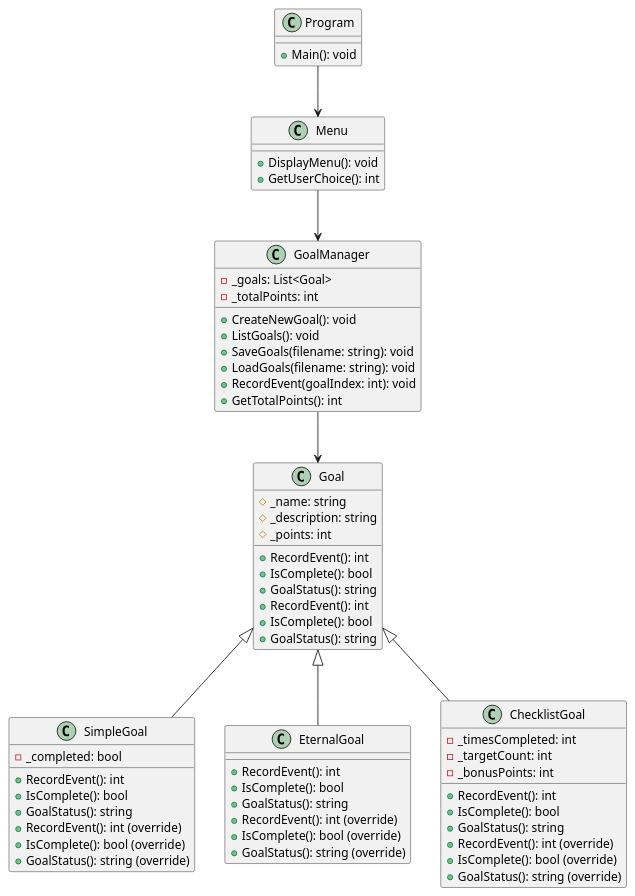
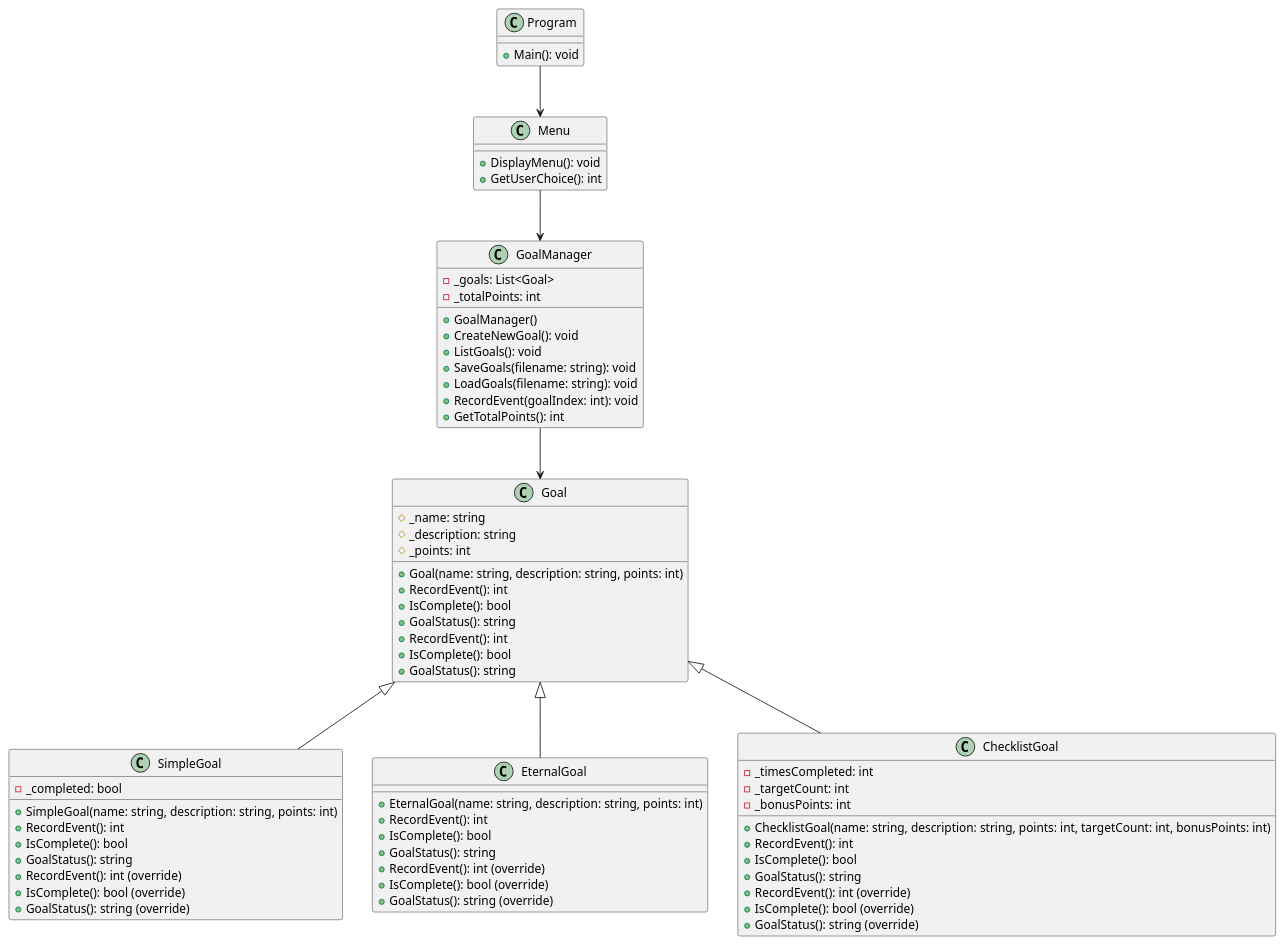
Before and after one commit to jaredsrice/cse210-assignments: the diagram in prove/Develop05/eternal.plantuml, drawn with PlantUML.

Commit message:
added constructors

```diff
--- a/prove/Develop05/eternal.plantuml
+++ b/prove/Develop05/eternal.plantuml
@@ -1,80 +1,85 @@
 @startuml eternal 
 
 class Program {
     + Main(): void
 }
 
 class Menu {
     + DisplayMenu(): void
     + GetUserChoice(): int
 }
 
 class Goal {
     # _name: string
     # _description: string
     # _points: int
+    + Goal(name: string, description: string, points: int)
     + RecordEvent(): int
     + IsComplete(): bool
     + GoalStatus(): string
 }
 
 class SimpleGoal {
     - _completed: bool
+    + SimpleGoal(name: string, description: string, points: int)
     + RecordEvent(): int
     + IsComplete(): bool
     + GoalStatus(): string
 }
 
 class EternalGoal {
+    + EternalGoal(name: string, description: string, points: int)
     + RecordEvent(): int
     + IsComplete(): bool
     + GoalStatus(): string
 }
 
 class ChecklistGoal {
     - _timesCompleted: int
     - _targetCount: int
+    + ChecklistGoal(name: string, description: string, points: int, targetCount: int, bonusPoints: int)
     - _bonusPoints: int
     + RecordEvent(): int
     + IsComplete(): bool
     + GoalStatus(): string
 }
 
 class GoalManager {
     - _goals: List<Goal>
     - _totalPoints: int
+    + GoalManager()
     + CreateNewGoal(): void
     + ListGoals(): void
     + SaveGoals(filename: string): void
     + LoadGoals(filename: string): void
     + RecordEvent(goalIndex: int): void
     + GetTotalPoints(): int
 }
 
 Program --> Menu
 Menu --> GoalManager
 Goal <|-- SimpleGoal
 Goal <|-- EternalGoal
 Goal <|-- ChecklistGoal
 GoalManager --> Goal
 
 Goal : +RecordEvent(): int
 Goal : +IsComplete(): bool
 Goal : +GoalStatus(): string
 
 SimpleGoal : +RecordEvent(): int (override)
 SimpleGoal : +IsComplete(): bool (override)
 SimpleGoal : +GoalStatus(): string (override)
 
 EternalGoal : +RecordEvent(): int (override)
 EternalGoal : +IsComplete(): bool (override)
 EternalGoal : +GoalStatus(): string (override)
 
 ChecklistGoal : +RecordEvent(): int (override)
 ChecklistGoal : +IsComplete(): bool (override)
 ChecklistGoal : +GoalStatus(): string (override)
 
 ' Just so you're aware, I did ask chat gpt to tell me the syntax
 ' for overriding methods in plantuml because I couldn't find anything otherwise
 
 @enduml
```
